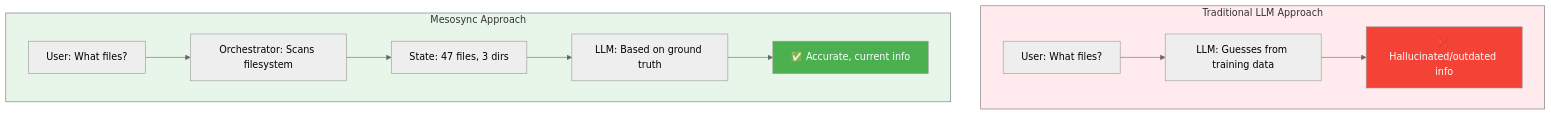
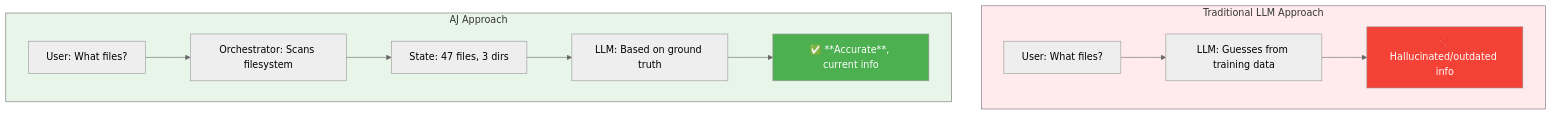
The third of 7 diagrams in README.md (ianwesterfield/aj.westerfield.cloud), drawn with Mermaid (neutral theme) before and after one commit. The commit also changed other lines of this file and 56 other files, not shown here.

````diff
--- a/README.md
+++ b/README.md
@@ -133,23 +133,23 @@
 ```mermaid
 graph TB
     subgraph traditional ["Traditional LLM Approach"]
         A1["User: What files?"]
         B1["LLM: Guesses from training data"]
         C1["❌ Hallucinated/outdated info"]
         A1 --> B1 --> C1
     end
 
-    subgraph mesosync ["Mesosync Approach"]
+    subgraph aj ["AJ Approach"]
         A2["User: What files?"]
         B2["Orchestrator: Scans filesystem"]
         C2["State: 47 files, 3 dirs"]
         D2["LLM: Based on ground truth"]
-        E2["✅ Accurate, current info"]
+        E2["✅ **Accurate**, current info"]
         A2 --> B2 --> C2 --> D2 --> E2
     end
 
     style traditional fill:#ffebee
-    style mesosync fill:#e8f5e9
+    style aj fill:#e8f5e9
     style C1 fill:#f44336,color:#fff
     style E2 fill:#4caf50,color:#fff
 ```
````
